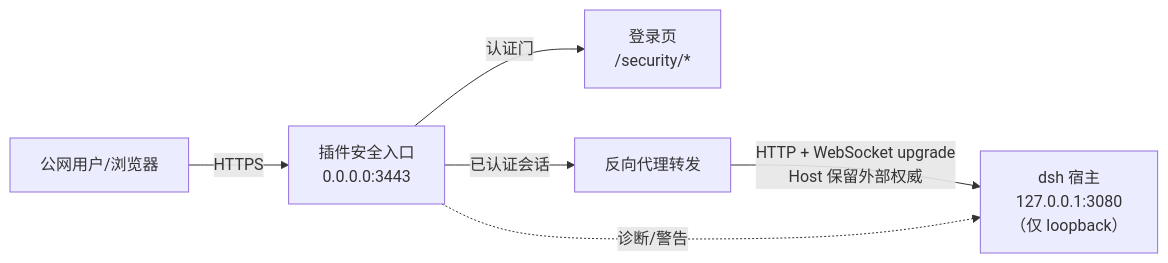
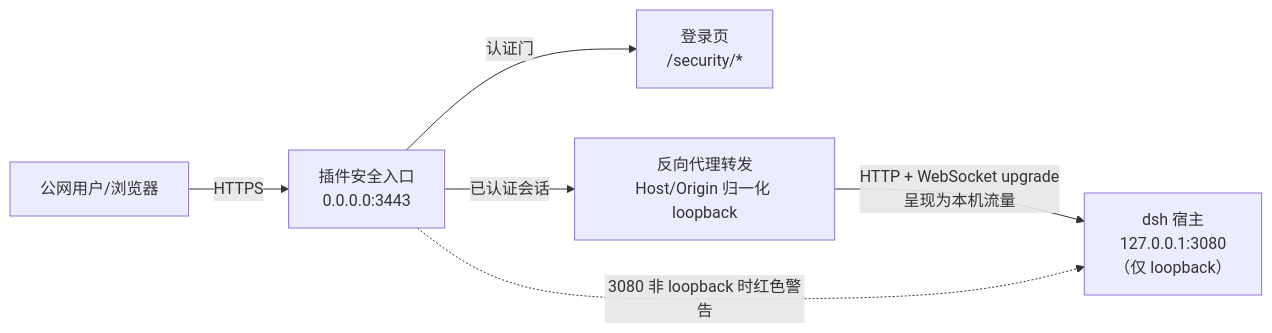
The first of 3 diagrams in docs/web-security-blueprint.md (Julyves/dsh-web-security), drawn with Mermaid before and after one commit. The commit also changed other lines of this file and 7 other files, not shown here.

````diff
--- a/docs/web-security-blueprint.md
+++ b/docs/web-security-blueprint.md
@@ -37,8 +39,8 @@
 ```mermaid
 flowchart LR
     U["公网用户/浏览器"] -->|HTTPS| E["插件安全入口<br/>0.0.0.0:3443"]
     E -->|认证门| L["登录页<br/>/security/*"]
-    E -->|已认证会话| P["反向代理转发"]
-    P -->|"HTTP + WebSocket upgrade<br/>Host 保留外部权威"| H["dsh 宿主<br/>127.0.0.1:3080<br/>（仅 loopback）"]
-    E -.->|诊断/警告| H
+    E -->|已认证会话| P["反向代理转发<br/>Host/Origin 归一化 loopback"]
+    P -->|"HTTP + WebSocket upgrade<br/>呈现为本机流量"| H["dsh 宿主<br/>127.0.0.1:3080<br/>（仅 loopback）"]
+    E -.->|"3080 非 loopback 时红色警告"| H
 ```
````
